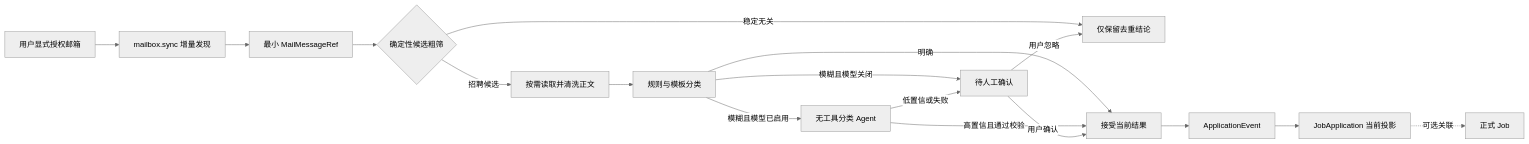
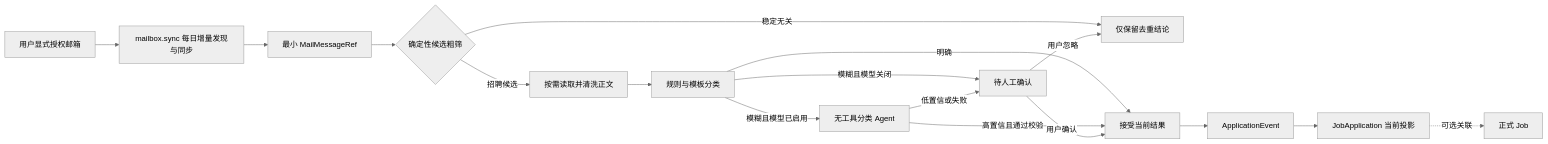
The seventh of 9 diagrams in docs/arch/overall-arch.md (MonarchMan/JobHunter), drawn with Mermaid (neutral theme) before and after one commit. The commit also changed 16 other files, not shown here.

````diff
--- a/docs/arch/overall-arch.md
+++ b/docs/arch/overall-arch.md
@@ -619,19 +619,19 @@
 ```mermaid
 flowchart LR
-    AUTH["用户显式授权邮箱"] --> SYNC["mailbox.sync 增量发现"]
+    AUTH["用户显式授权邮箱"] --> SYNC["mailbox.sync 每日增量发现与同步"]
     SYNC --> REF["最小 MailMessageRef"]
     REF --> PREFILTER{"确定性候选粗筛"}
     PREFILTER -->|稳定无关| IGNORE["仅保留去重结论"]
     PREFILTER -->|招聘候选| FETCH["按需读取并清洗正文"]
     FETCH --> RULES["规则与模板分类"]
     RULES -->|明确| ACCEPT["接受当前结果"]
     RULES -->|模糊且模型已启用| AGENT["无工具分类 Agent"]
     RULES -->|模糊且模型关闭| REVIEW["待人工确认"]
     AGENT -->|高置信且通过校验| ACCEPT
     AGENT -->|低置信或失败| REVIEW
     REVIEW -->|用户确认| ACCEPT
     REVIEW -->|用户忽略| IGNORE
     ACCEPT --> EVENT["ApplicationEvent"]
     EVENT --> APPLICATION["JobApplication 当前投影"]
     APPLICATION -.->|可选关联| JOB["正式 Job"]
 ```
````
